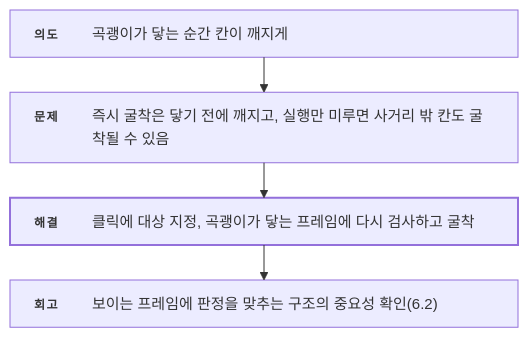
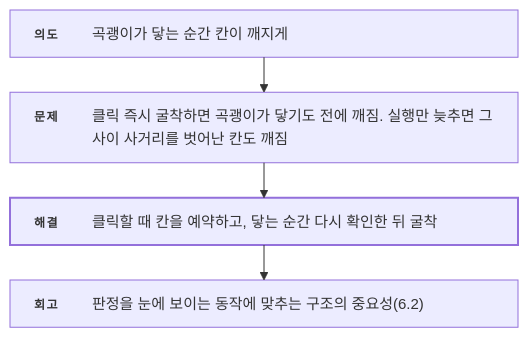
The sixth of 9 diagrams in src/1-folk-sack/기술문서.md (ashadeveloperr/ashadeveloperr.github.io), drawn with Mermaid before and after one commit. The commit also changed other lines of this file and 6 other files, not shown here.

````diff
--- a/src/1-folk-sack/기술문서.md
+++ b/src/1-folk-sack/기술문서.md
@@ -277,18 +300,18 @@
 ```mermaid
 ---
 config:
   layout: elk
   flowchart:
     wrappingWidth: 520
     padding: 12
 ---
 flowchart TB
   %% feature-flow — _local/flow-diagrams.py가 만듦
   I["<div style='width:460px;display:flex;gap:14px;align-items:baseline;text-align:left;white-space:normal'><span style='flex:0 0 44px;padding-top:2px;font-size:12px;font-weight:700;letter-spacing:.12em;color:var(--accent-ink)'>의도</span><span style='flex:1;font-size:15px;line-height:1.55;color:var(--ink)'>곡괭이가 닿는 순간 칸이 깨지게</span></div>"]
-  P["<div style='width:460px;display:flex;gap:14px;align-items:baseline;text-align:left;white-space:normal'><span style='flex:0 0 44px;padding-top:2px;font-size:12px;font-weight:700;letter-spacing:.12em;color:var(--accent-ink)'>문제</span><span style='flex:1;font-size:15px;line-height:1.55;color:var(--ink)'>즉시 굴착은 닿기 전에 깨지고, 실행만 미루면 사거리 밖 칸도 굴착될 수 있음</span></div>"]
-  S["<div style='width:460px;display:flex;gap:14px;align-items:baseline;text-align:left;white-space:normal'><span style='flex:0 0 44px;padding-top:2px;font-size:12px;font-weight:700;letter-spacing:.12em;color:var(--accent-ink)'>해결</span><span style='flex:1;font-size:15px;line-height:1.55;color:var(--ink)'>클릭에 대상 지정, 곡괭이가 닿는 프레임에 다시 검사하고 굴착</span></div>"]
-  R["<div style='width:460px;display:flex;gap:14px;align-items:baseline;text-align:left;white-space:normal'><span style='flex:0 0 44px;padding-top:2px;font-size:12px;font-weight:700;letter-spacing:.12em;color:var(--accent-ink)'>회고</span><span style='flex:1;font-size:15px;line-height:1.55;color:var(--ink)'>보이는 프레임에 판정을 맞추는 구조의 중요성 확인(6.2)</span></div>"]
+  P["<div style='width:460px;display:flex;gap:14px;align-items:baseline;text-align:left;white-space:normal'><span style='flex:0 0 44px;padding-top:2px;font-size:12px;font-weight:700;letter-spacing:.12em;color:var(--accent-ink)'>문제</span><span style='flex:1;font-size:15px;line-height:1.55;color:var(--ink)'>클릭 즉시 굴착하면 곡괭이가 닿기도 전에 깨짐. 실행만 늦추면 그사이 사거리를 벗어난 칸도 깨짐</span></div>"]
+  S["<div style='width:460px;display:flex;gap:14px;align-items:baseline;text-align:left;white-space:normal'><span style='flex:0 0 44px;padding-top:2px;font-size:12px;font-weight:700;letter-spacing:.12em;color:var(--accent-ink)'>해결</span><span style='flex:1;font-size:15px;line-height:1.55;color:var(--ink)'>클릭할 때 칸을 예약하고, 닿는 순간 다시 확인한 뒤 굴착</span></div>"]
+  R["<div style='width:460px;display:flex;gap:14px;align-items:baseline;text-align:left;white-space:normal'><span style='flex:0 0 44px;padding-top:2px;font-size:12px;font-weight:700;letter-spacing:.12em;color:var(--accent-ink)'>회고</span><span style='flex:1;font-size:15px;line-height:1.55;color:var(--ink)'>판정을 눈에 보이는 동작에 맞추는 구조의 중요성(6.2)</span></div>"]
   I --> P --> S --> R
   classDef key stroke-width:2px
   class S key
 ```
````
